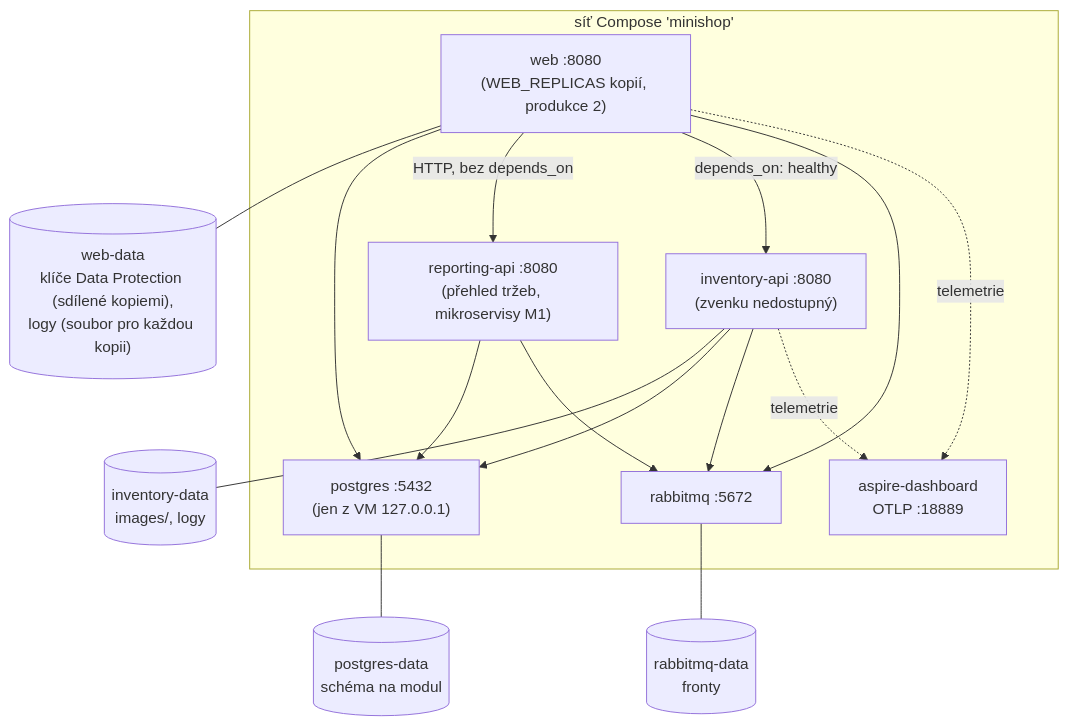
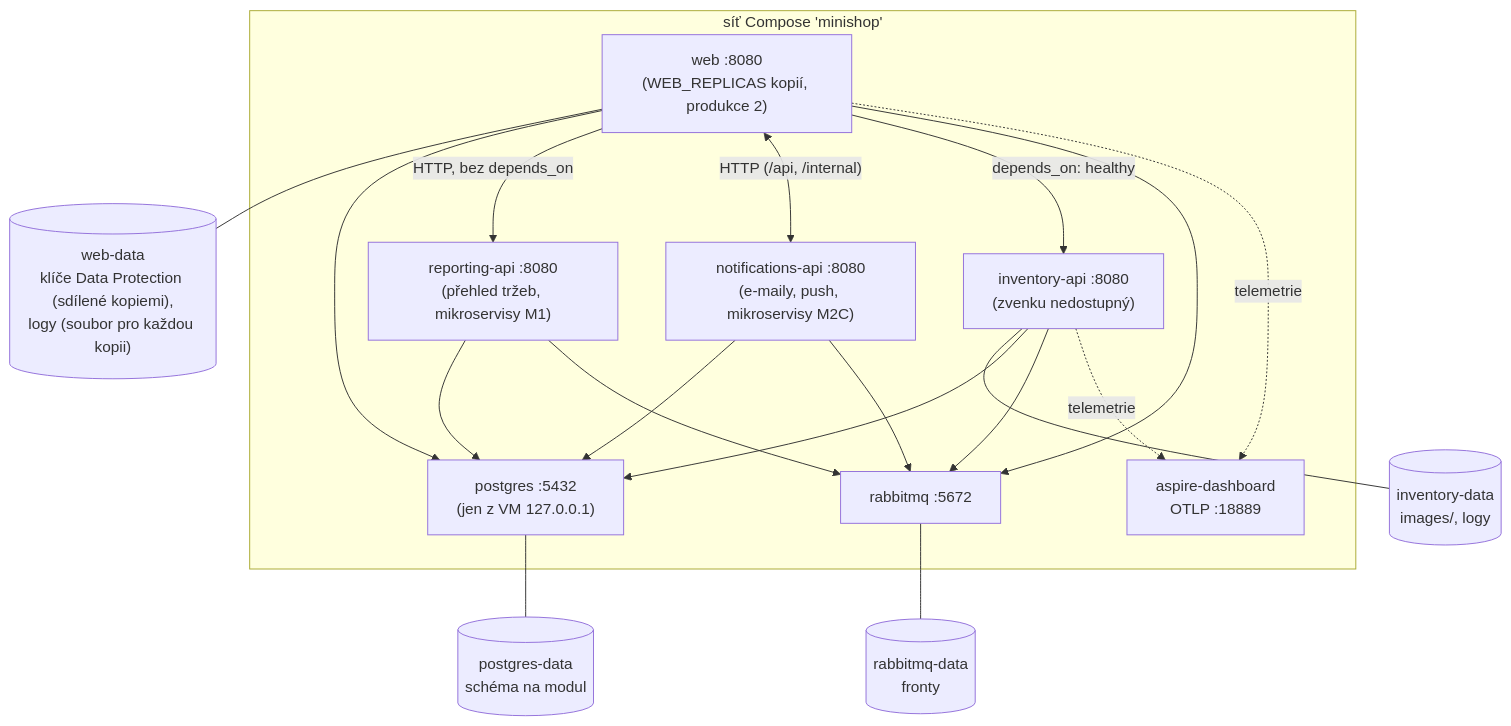
Before and after one commit to ftichy/MiniShop: the second of 2 diagrams in docs/prirucka/nasazeni/kontejnery.md, drawn with Mermaid. The commit also changed other lines of this file and 51 other files, not shown here.

First line of the commit message:
MIKROSERVISY M2C: Notifications jako samostatná služba

````diff
--- a/docs/prirucka/nasazeni/kontejnery.md
+++ b/docs/prirucka/nasazeni/kontejnery.md
@@ -44,29 +44,33 @@
 ```mermaid
 flowchart TB
     subgraph net["síť Compose 'minishop'"]
         web["web :8080<br/>(WEB_REPLICAS kopií, produkce 2)"]
         inv["inventory-api :8080<br/>(zvenku nedostupný)"]
         rep["reporting-api :8080<br/>(přehled tržeb, mikroservisy M1)"]
+        ntf["notifications-api :8080<br/>(e-maily, push, mikroservisy M2C)"]
         mq["rabbitmq :5672"]
         dash["aspire-dashboard<br/>OTLP :18889"]
         pg["postgres :5432<br/>(jen z VM 127.0.0.1)"]
     end
     wv[("web-data<br/>klíče Data Protection (sdílené kopiemi),<br/>logy (soubor pro každou kopii)")]
     iv[("inventory-data<br/>images/, logy")]
     rv[("rabbitmq-data<br/>fronty")]
     pv[("postgres-data<br/>schéma na modul")]
     web --- wv
     inv --- iv
     mq --- rv
     pg --- pv
     web --> pg
     inv --> pg
     rep --> pg
     rep --> mq
     web -->|"HTTP, bez depends_on"| rep
+    ntf --> pg
+    ntf --> mq
+    web <-->|"HTTP (/api, /internal)"| ntf
     web -->|"depends_on: healthy"| inv
     web --> mq
     inv --> mq
     web -.->|telemetrie| dash
     inv -.->|telemetrie| dash
 ```
````
